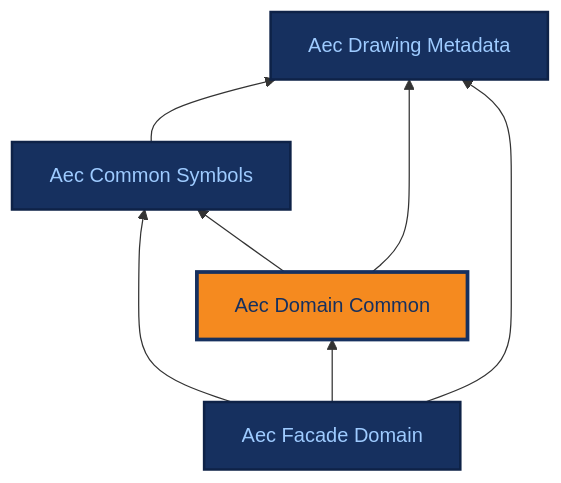
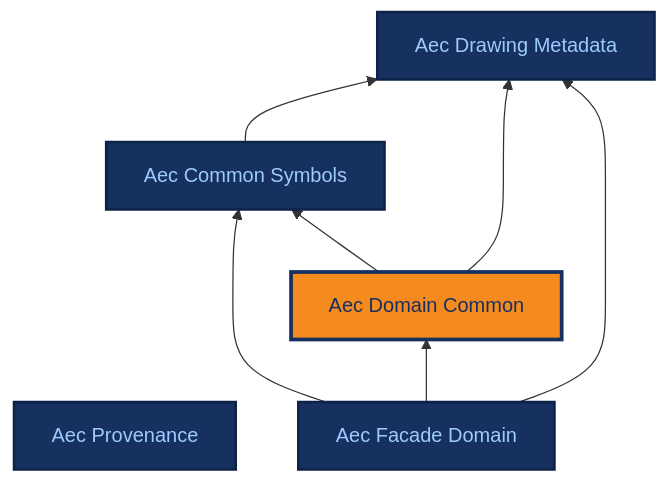
One commit to BuroHappoldMachineLearning/ADIRO changed the diagram in docs/ontologies/aec_domain_common.md. Above: the diagram before and after it, drawn with Mermaid. The commit also changed 14 other files, not shown here.

````diff
--- a/docs/ontologies/aec_domain_common.md
+++ b/docs/ontologies/aec_domain_common.md
@@ -17,22 +17,24 @@
 ```mermaid
 %%{init: {"themeCSS": ".base .nodeLabel,.base .nodeLabel p,.base text,.base tspan{fill:#9ecbff !important;color:#9ecbff !important}.current .nodeLabel,.current .nodeLabel p,.current text,.current tspan{fill:#16305f !important;color:#16305f !important}"} }%%
 graph BT
+    aec_provenance["Aec Provenance"]
     aec_drawing_metadata["Aec Drawing Metadata"]
     aec_common_symbols["Aec Common Symbols"]
     aec_domain_common["Aec Domain Common"]
     aec_facade_domain["Aec Facade Domain"]
     aec_common_symbols --> aec_drawing_metadata
     aec_domain_common --> aec_common_symbols
     aec_domain_common --> aec_drawing_metadata
     aec_facade_domain --> aec_common_symbols
     aec_facade_domain --> aec_domain_common
     aec_facade_domain --> aec_drawing_metadata
+    click aec_provenance "../aec_provenance/" "Aec Provenance reference page"
     click aec_drawing_metadata "../aec_drawing_metadata/" "Aec Drawing Metadata reference page"
     click aec_common_symbols "../aec_common_symbols/" "Aec Common Symbols reference page"
     click aec_domain_common "../aec_domain_common/" "Aec Domain Common reference page"
     click aec_facade_domain "../aec_facade_domain/" "Aec Facade Domain reference page"
     classDef base fill:#16305f,stroke:#0e2247,stroke-width:2px,color:#9ecbff;
-    class aec_drawing_metadata,aec_common_symbols,aec_facade_domain base;
+    class aec_provenance,aec_drawing_metadata,aec_common_symbols,aec_facade_domain base;
     classDef current fill:#f58a1f,stroke:#16305f,stroke-width:3px,color:#16305f;
     class aec_domain_common current;
 ```
````
